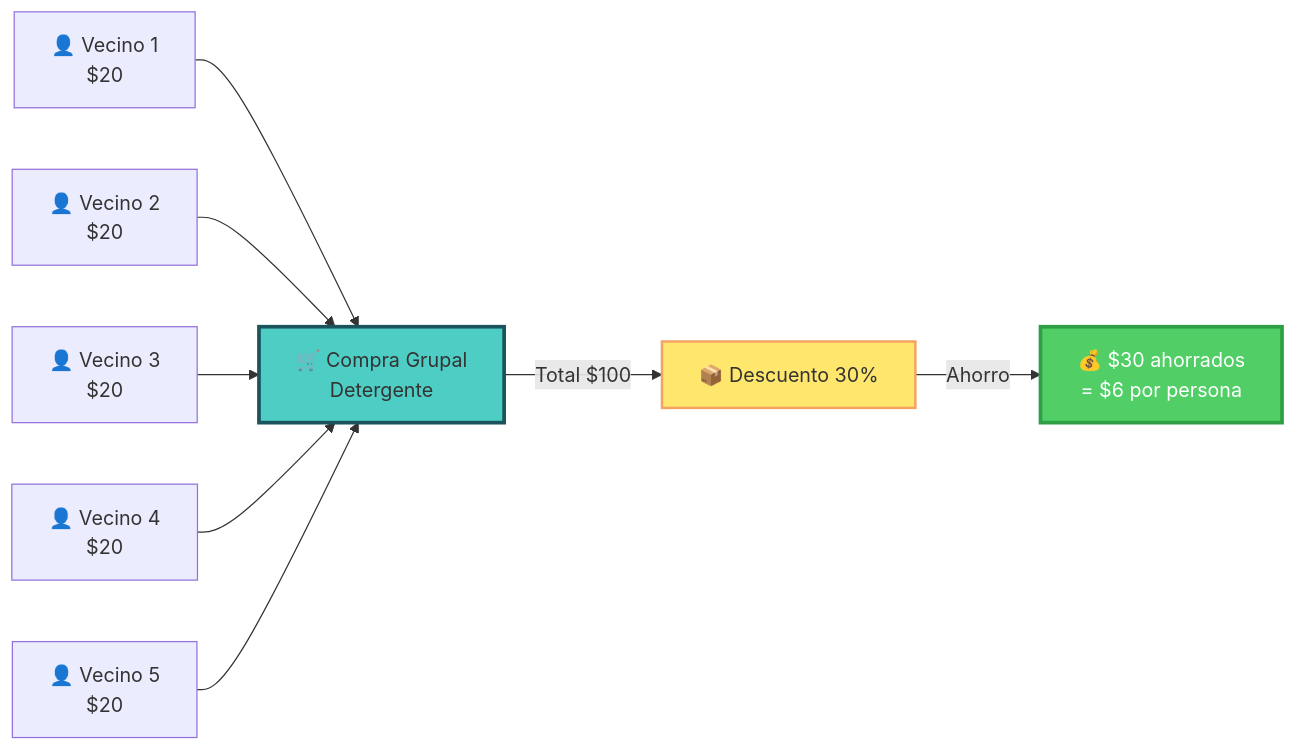
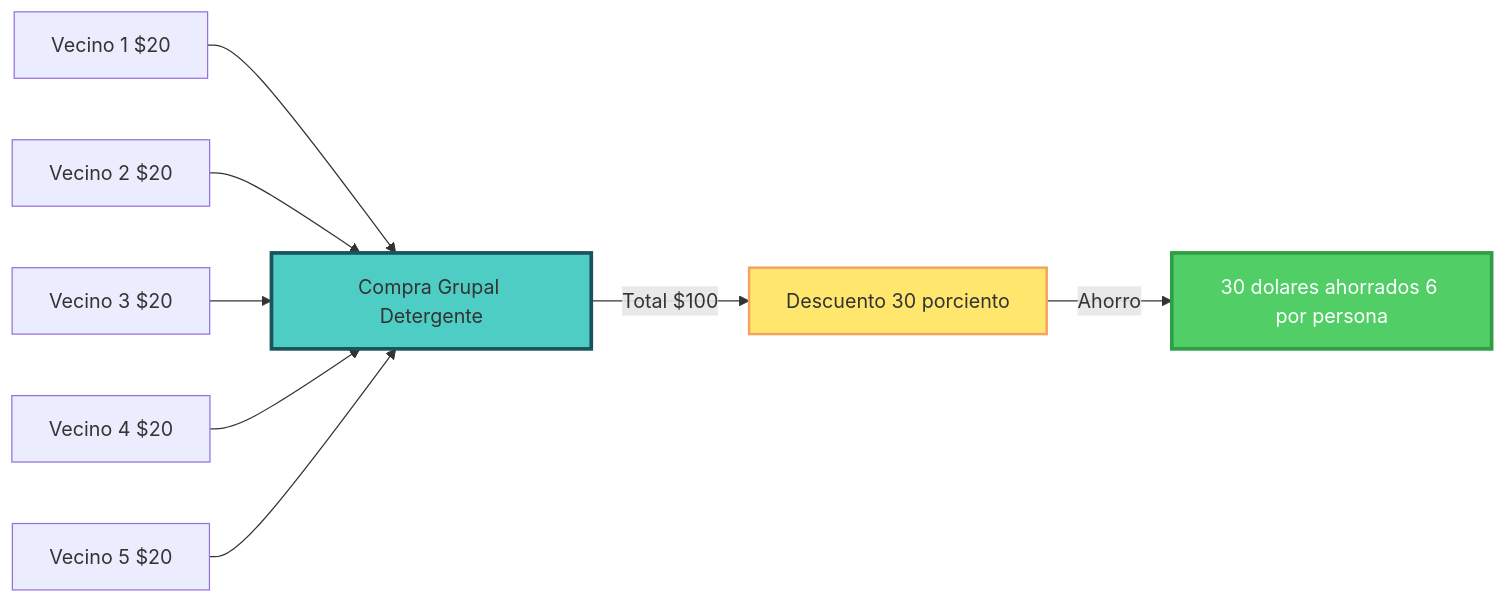
Before and after one commit to softv2ware/condomarket.api: diagram 20 of 25 in app.spanish.md, drawn with Mermaid. The commit also changed other lines of this file, not shown here.

````diff
--- a/app.spanish.md
+++ b/app.spanish.md
@@ -943,15 +951,15 @@
 ```mermaid
 graph LR
-    V1[👤 Vecino 1<br/>$20] --> G[🛒 Compra Grupal<br/>Detergente]
-    V2[👤 Vecino 2<br/>$20] --> G
-    V3[👤 Vecino 3<br/>$20] --> G
-    V4[👤 Vecino 4<br/>$20] --> G
-    V5[👤 Vecino 5<br/>$20] --> G
+    V1[Vecino 1 $20] --> G[Compra Grupal Detergente]
+    V2[Vecino 2 $20] --> G
+    V3[Vecino 3 $20] --> G
+    V4[Vecino 4 $20] --> G
+    V5[Vecino 5 $20] --> G
     
-    G -->|Total $100| D[📦 Descuento 30%]
-    D -->|Ahorro| A[💰 $30 ahorrados<br/>= $6 por persona]
+    G -->|Total $100| D[Descuento 30 porciento]
+    D -->|Ahorro| A[30 dolares ahorrados 6 por persona]
     
     style G fill:#4ECDC4,stroke:#1A535C,stroke-width:3px
     style D fill:#FFE66D,stroke:#F4A261,stroke-width:2px
     style A fill:#51CF66,stroke:#2F9E44,stroke-width:3px,color:#fff
 ```
````
